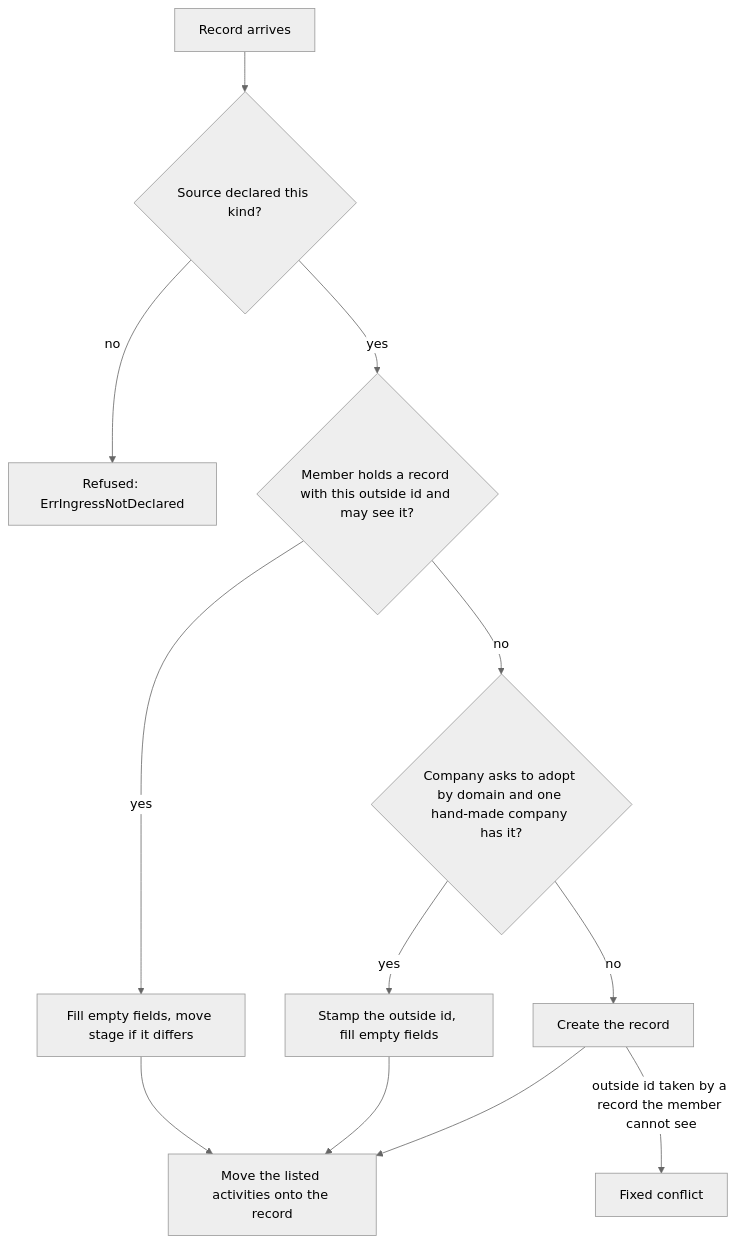
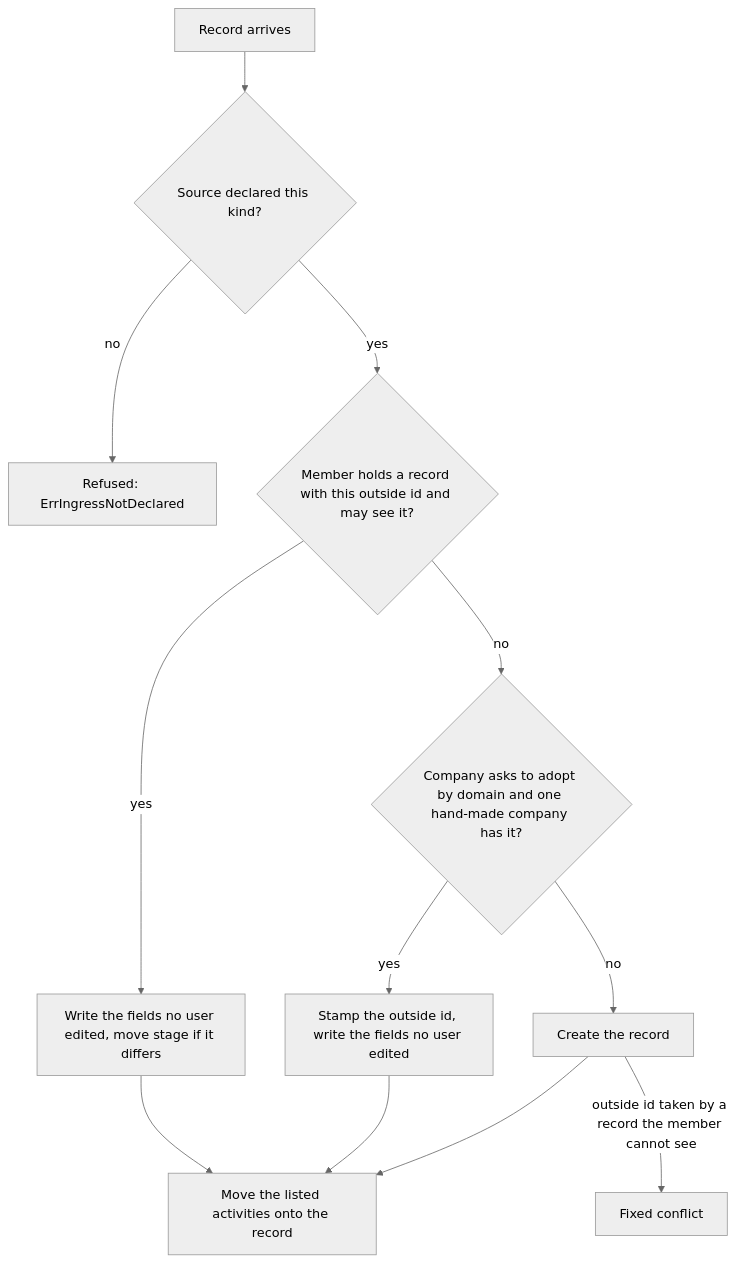
One commit to margince/margince changed the diagram in docs/how-to/land-companies-and-deals-from-an-extension.md. Above: the diagram before and after it, drawn with Mermaid (neutral theme). The commit also changed other lines of this file and 30 other files, not shown here.

First line of the commit message:
feat(extensions): a feed skips fields a person edited, unless an admin lets it overwrite (#1052)

````diff
--- a/docs/how-to/land-companies-and-deals-from-an-extension.md
+++ b/docs/how-to/land-companies-and-deals-from-an-extension.md
@@ -24,14 +24,14 @@
 ```mermaid
 flowchart TD
     A[Record arrives] --> B{Source declared this kind?}
     B -- no --> X[Refused: ErrIngressNotDeclared]
     B -- yes --> C{Member holds a record with this outside id and may see it?}
-    C -- yes --> D[Fill empty fields, move stage if it differs]
+    C -- yes --> D[Write the fields no user edited, move stage if it differs]
     C -- no --> E{Company asks to adopt by domain and one hand-made company has it?}
-    E -- yes --> F[Stamp the outside id, fill empty fields]
+    E -- yes --> F[Stamp the outside id, write the fields no user edited]
     E -- no --> G[Create the record]
     G -- outside id taken by a record the member cannot see --> H[Fixed conflict]
     D --> I[Move the listed activities onto the record]
     F --> I
     G --> I
 ```
````
